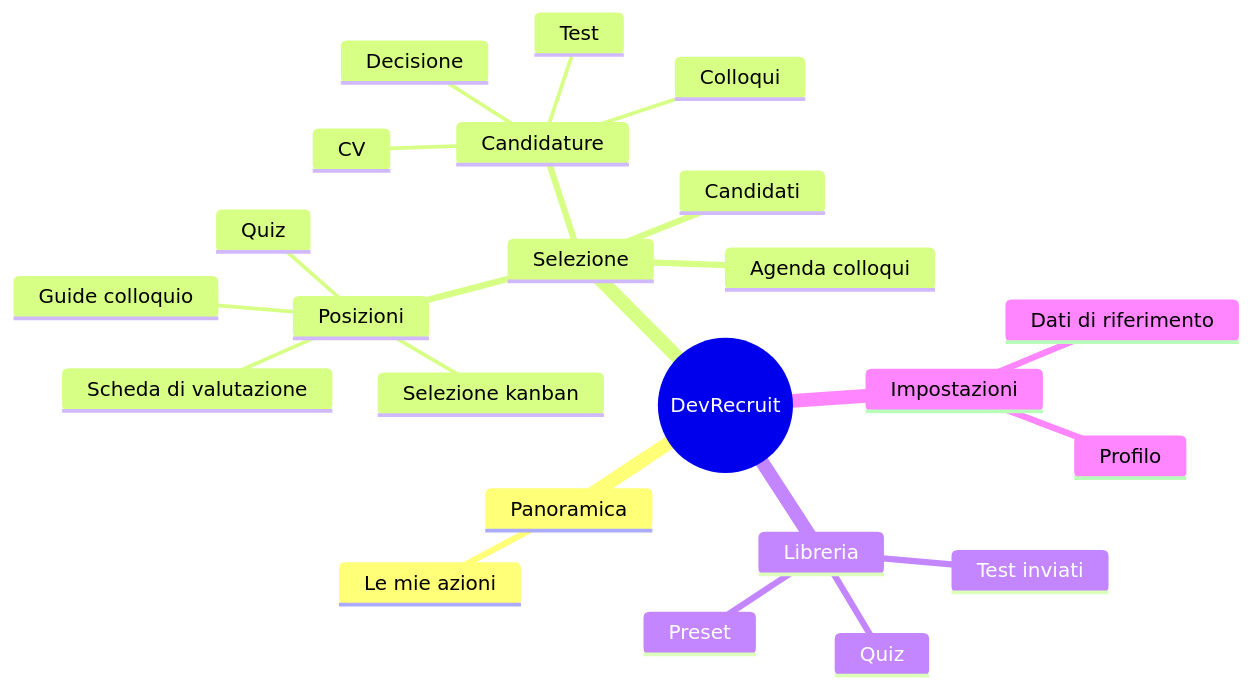
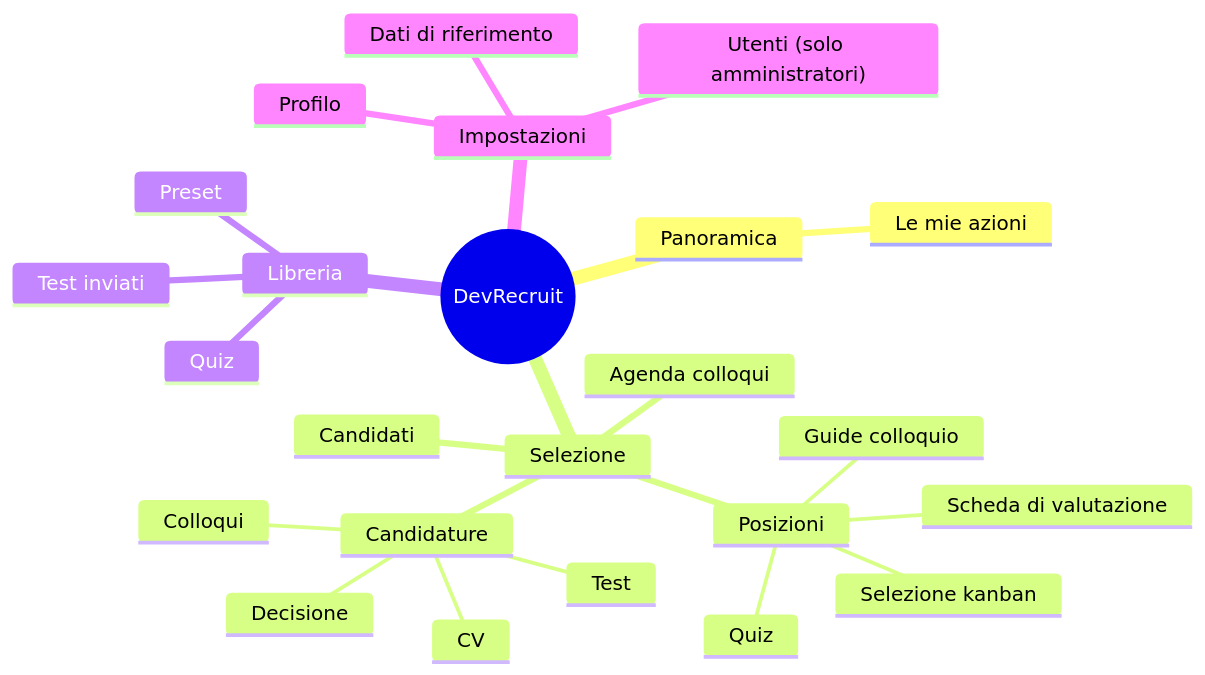
The second of 8 diagrams in docs/guida-operativa.md (violabg/dev-recruit), drawn with Mermaid before and after one commit. The commit also changed other lines of this file and 52 other files, not shown here.

````diff
--- a/docs/guida-operativa.md
+++ b/docs/guida-operativa.md
@@ -40,26 +40,27 @@
 ```mermaid
 mindmap
   root((DevRecruit))
     Panoramica
       Le mie azioni
     Selezione
       Posizioni
         Scheda di valutazione
         Selezione kanban
         Quiz
         Guide colloquio
       Candidature
         CV
         Test
         Colloqui
         Decisione
       Candidati
       Agenda colloqui
     Libreria
       Quiz
       Test inviati
       Preset
     Impostazioni
       Dati di riferimento
+      Utenti #40;solo amministratori#41;
       Profilo
 ```
````
